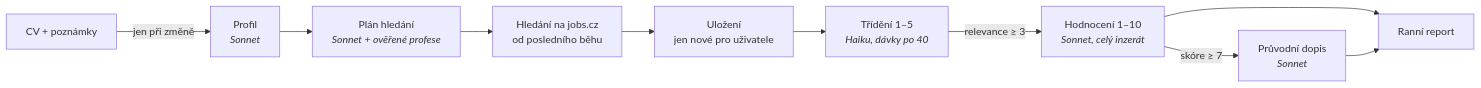
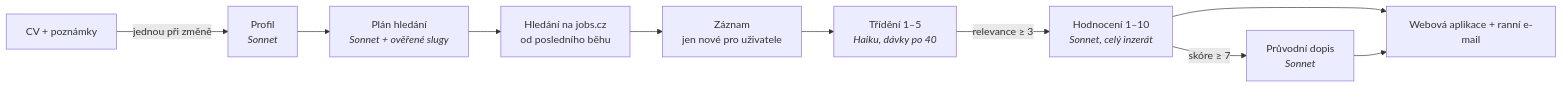
The first of 2 diagrams in README.cs.md (stanislavmatzke-ops/job-scout), drawn with Mermaid before and after one commit. The commit also changed other lines of this file and 1 other file, not shown here.

````diff
--- a/README.cs.md
+++ b/README.cs.md
@@ -36,12 +42,12 @@
 ```mermaid
 flowchart LR
-    CV[CV + poznámky] -->|jen při změně| P[Profil<br/><i>Sonnet</i>]
-    P --> SP[Plán hledání<br/><i>Sonnet + ověřené profese</i>]
+    CV[CV + poznámky] -->|jednou při změně| P[Profil<br/><i>Sonnet</i>]
+    P --> SP[Plán hledání<br/><i>Sonnet + ověřené slugy</i>]
     SP --> S[Hledání na jobs.cz<br/>od posledního běhu]
-    S --> R[Uložení<br/>jen nové pro uživatele]
+    S --> R[Záznam<br/>jen nové pro uživatele]
     R --> T[Třídění 1–5<br/><i>Haiku, dávky po 40</i>]
     T -->|relevance ≥ 3| E[Hodnocení 1–10<br/><i>Sonnet, celý inzerát</i>]
     E -->|skóre ≥ 7| L[Průvodní dopis<br/><i>Sonnet</i>]
-    E --> M[Ranní report]
-    L --> M
+    E --> W[Webová aplikace + ranní e-mail]
+    L --> W
 ```
````
